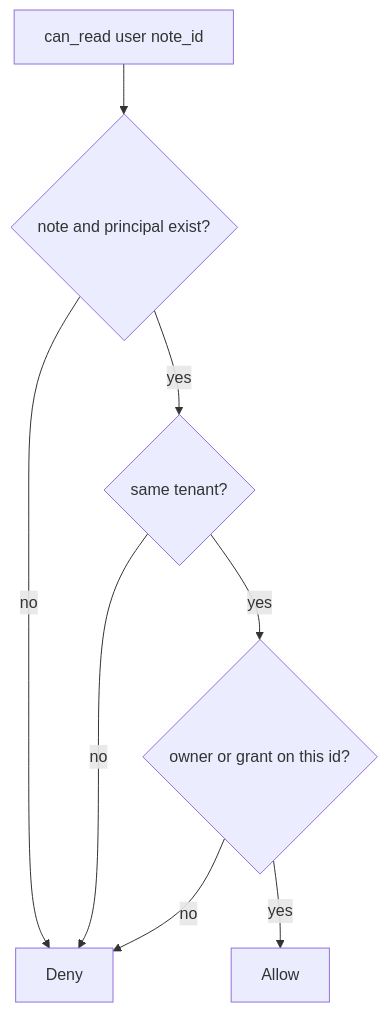
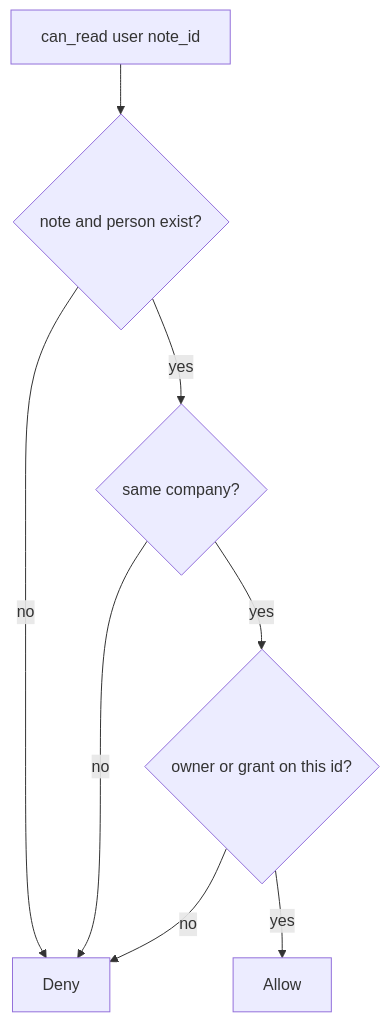
Before and after one commit to ishitvagoel/LearnSecurity: the diagram in content/modules/4/4.4/lessons/04-build.md, drawn with Mermaid. The commit also changed other lines of this file and 39 other files, not shown here.

````diff
--- a/content/modules/4/4.4/lessons/04-build.md
+++ b/content/modules/4/4.4/lessons/04-build.md
@@ -15,10 +16,10 @@
 ```mermaid
 flowchart TD
-  Call["can_read user note_id"] --> Known{"note and principal exist?"}
+  Call["can_read user note_id"] --> Known{"note and person exist?"}
   Known -->|no| Deny[Deny]
-  Known -->|yes| Ten{"same tenant?"}
+  Known -->|yes| Ten{"same company?"}
   Ten -->|no| Deny
   Ten -->|yes| Own{"owner or grant on this id?"}
   Own -->|no| Deny
   Own -->|yes| Allow[Allow]
 ```
````
